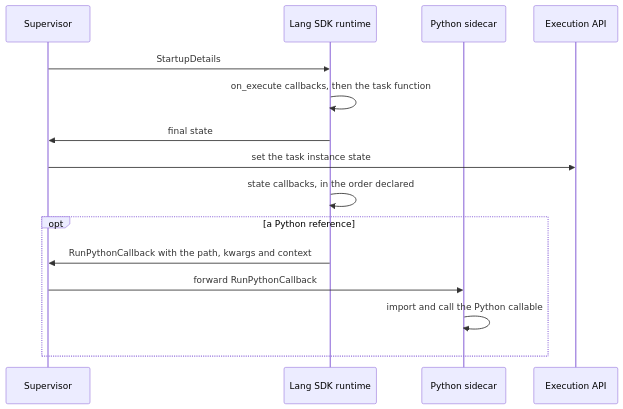
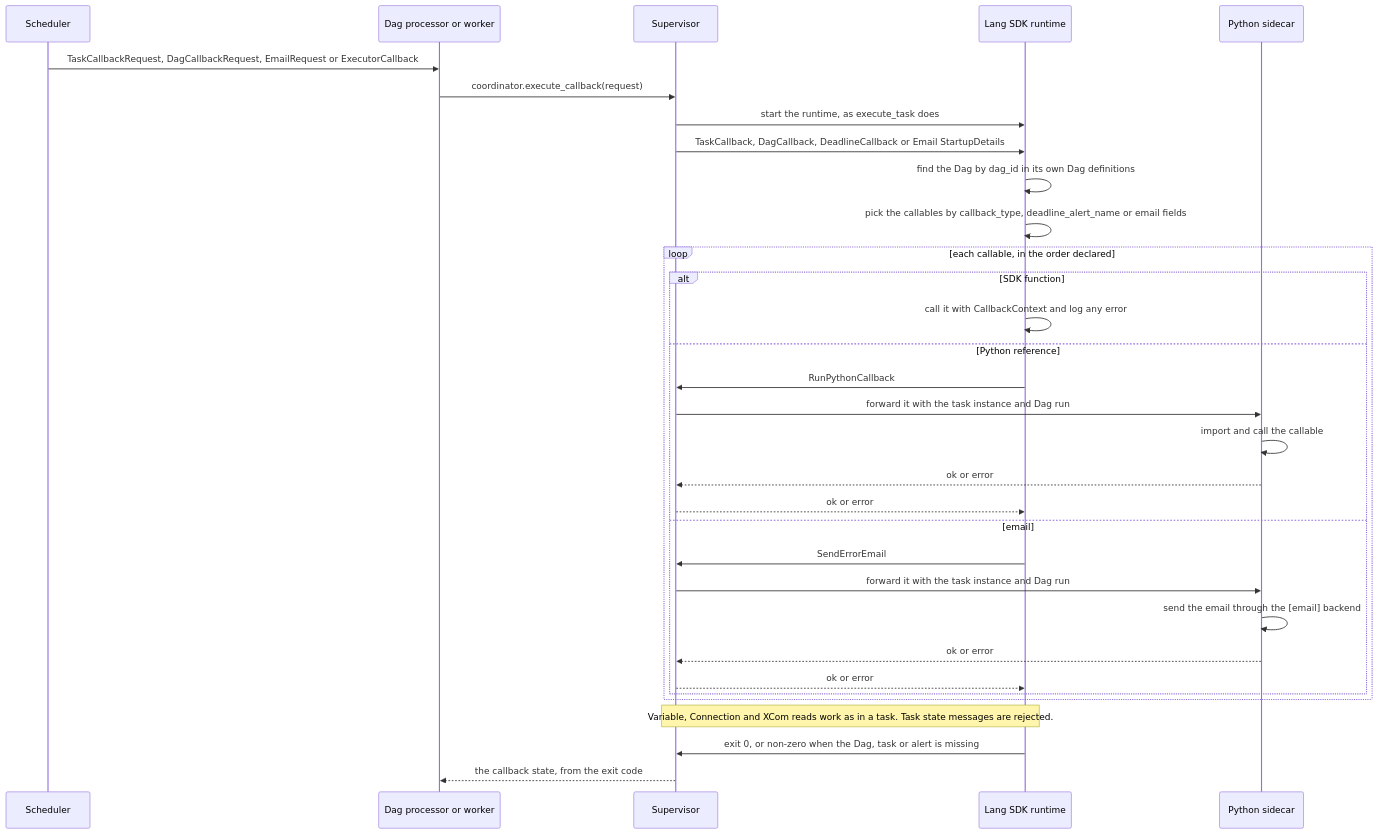
Before and after one commit to jason810496/airflow: the first of 4 diagrams in airflow-core/adr/lang-sdk/0020-callbacks-deadline-alerts-and-listeners-across-lang-sdks.md, drawn with Mermaid. The commit also changed other lines of this file and 3 other files, not shown here.

Commit message:
Add callback schemas, task emails and code links to callback ADRs

````diff
--- a/airflow-core/adr/lang-sdk/0020-callbacks-deadline-alerts-and-listeners-across-lang-sdks.md
+++ b/airflow-core/adr/lang-sdk/0020-callbacks-deadline-alerts-and-listeners-across-lang-sdks.md
@@ -114,17 +203,34 @@
 ```mermaid
 sequenceDiagram
+    participant SCH as Scheduler
+    participant CO as Dag processor or worker
     participant SV as Supervisor
     participant RT as Lang SDK runtime
     participant HP as Python sidecar
-    participant API as Execution API
-    SV->>RT: StartupDetails
-    RT->>RT: on_execute callbacks, then the task function
-    RT->>SV: final state
-    SV->>API: set the task instance state
-    RT->>RT: state callbacks, in the order declared
-    opt a Python reference
-        RT->>SV: RunPythonCallback with the path, kwargs and context
-        SV->>HP: forward RunPythonCallback
-        HP->>HP: import and call the Python callable
+    SCH->>CO: TaskCallbackRequest, DagCallbackRequest, EmailRequest or ExecutorCallback
+    CO->>SV: coordinator.execute_callback(request)
+    SV->>RT: start the runtime, as execute_task does
+    SV->>RT: TaskCallback, DagCallback, DeadlineCallback or Email StartupDetails
+    RT->>RT: find the Dag by dag_id in its own Dag definitions
+    RT->>RT: pick the callables by callback_type, deadline_alert_name or email fields
+    loop each callable, in the order declared
+        alt SDK function
+            RT->>RT: call it with CallbackContext and log any error
+        else Python reference
+            RT->>SV: RunPythonCallback
+            SV->>HP: forward it with the task instance and Dag run
+            HP->>HP: import and call the callable
+            HP-->>SV: ok or error
+            SV-->>RT: ok or error
+        else email
+            RT->>SV: SendErrorEmail
+            SV->>HP: forward it with the task instance and Dag run
+            HP->>HP: send the email through the [email] backend
+            HP-->>SV: ok or error
+            SV-->>RT: ok or error
+        end
     end
+    Note over RT,SV: Variable, Connection and XCom reads work as in a task. Task state messages are rejected.
+    RT->>SV: exit 0, or non-zero when the Dag, task or alert is missing
+    SV-->>CO: the callback state, from the exit code
 ```
````
